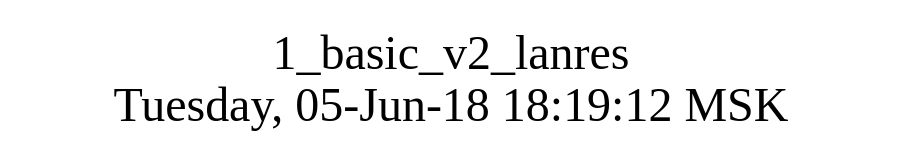
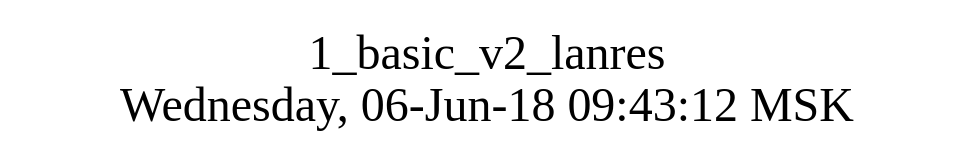
Before and after one commit to AplaProject/apps: the diagram in src/basic/1_basic_v2_lanres/struct.dot, drawn with Graphviz. The commit also changed 13 other files, not shown here.

```diff
--- a/src/basic/1_basic_v2_lanres/struct.dot
+++ b/src/basic/1_basic_v2_lanres/struct.dot
@@ -1,10 +1,10 @@
 digraph G {
 graph [
   fontsize="24";
-  label="1_basic_v2_lanres\nTuesday, 05-Jun-18 18:19:12 MSK";
+  label="1_basic_v2_lanres\nWednesday, 06-Jun-18 09:43:12 MSK";
   nojustify=true;
   ordering=out;
   rankdir=LR;
   size="30";
 ];
 }
```
